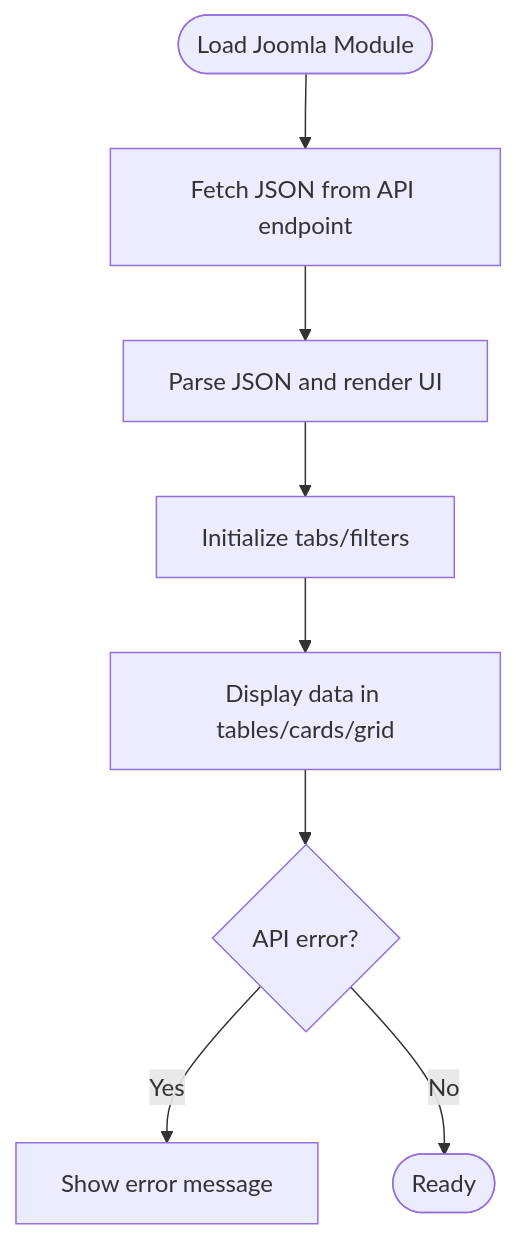
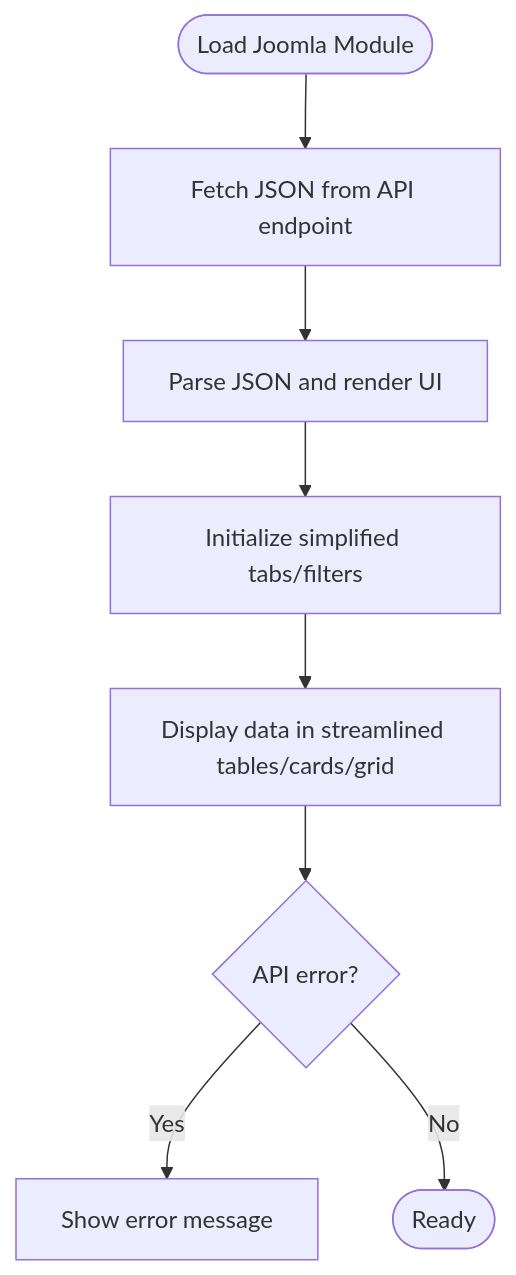
The third of 9 diagrams in .qoder/repowiki/en/content/Integration Documentation/Integration Documentation.md (backuppapnj/api-web), drawn with Mermaid before and after one commit. The commit also changed other lines of this file and 13 other files, not shown here.

````diff
--- a/.qoder/repowiki/en/content/Integration Documentation/Integration Documentation.md
+++ b/.qoder/repowiki/en/content/Integration Documentation/Integration Documentation.md
@@ -179,10 +212,10 @@
 ```mermaid
 flowchart TD
 Start(["Load Joomla Module"]) --> Fetch["Fetch JSON from API endpoint"]
 Fetch --> Parse["Parse JSON and render UI"]
-Parse --> Tabs["Initialize tabs/filters"]
-Tabs --> Display["Display data in tables/cards/grid"]
+Parse --> Tabs["Initialize simplified tabs/filters"]
+Tabs --> Display["Display data in streamlined tables/cards/grid"]
 Display --> Error{"API error?"}
 Error --> |Yes| ShowError["Show error message"]
 Error --> |No| Done(["Ready"])
 ```
````
